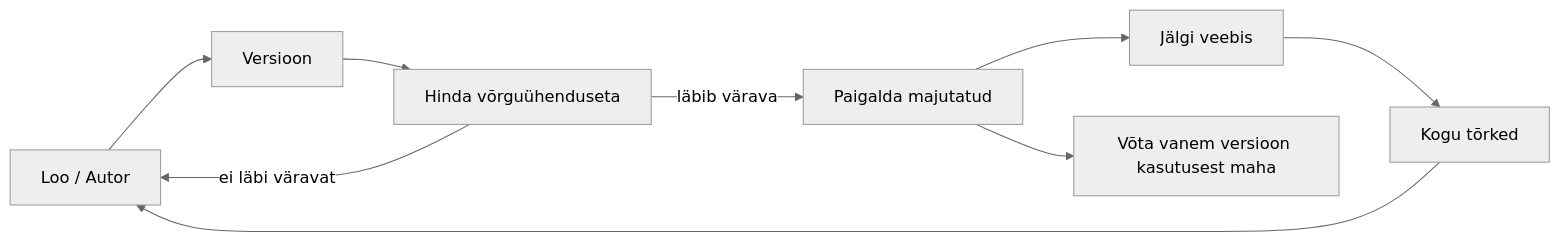
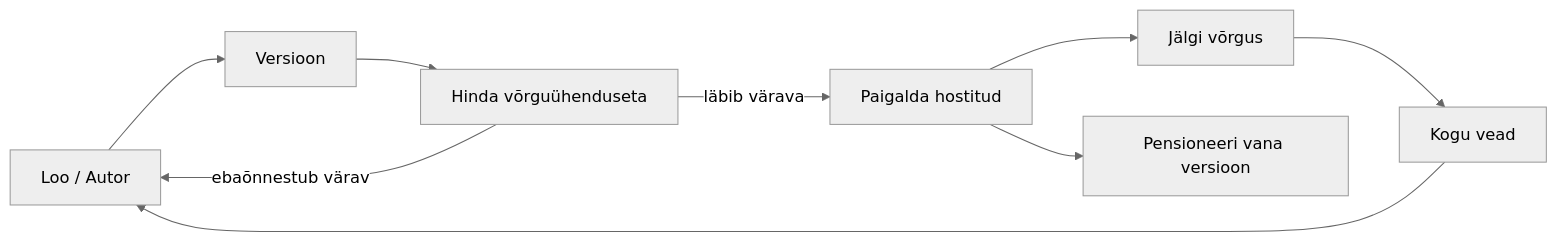
One commit to gabrielmoreira/agent-skills-mirror changed the second of 4 diagrams in mirrors/repos/microsoft@ai-agents-for-beginners/translations/et/16-deploying-scalable-agents/README.md. Above: the diagram before and after it, drawn with Mermaid (neutral theme). The commit also changed other lines of this file and 4262 other files, not shown here.

````diff
--- a/mirrors/repos/microsoft@ai-agents-for-beginners/translations/et/16-deploying-scalable-agents/README.md
+++ b/mirrors/repos/microsoft@ai-agents-for-beginners/translations/et/16-deploying-scalable-agents/README.md
@@ -108,11 +108,11 @@
 ```mermaid
 flowchart LR
     Create[Loo / Autor] --> Version[Versioon]
     Version --> Evaluate[Hinda võrguühenduseta]
-    Evaluate -->|läbib värava| Deploy[Paigalda majutatud]
-    Evaluate -->|ei läbi väravat| Create
-    Deploy --> Observe[Jälgi veebis]
-    Observe --> Improve[Kogu tõrked]
+    Evaluate -->|läbib värava| Deploy[Paigalda hostitud]
+    Evaluate -->|ebaõnnestub värav| Create
+    Deploy --> Observe[Jälgi võrgus]
+    Observe --> Improve[Kogu vead]
     Improve --> Create
-    Deploy --> Retire[Võta vanem versioon kasutusest maha]
+    Deploy --> Retire[Pensioneeri vana versioon]
 ```
````
